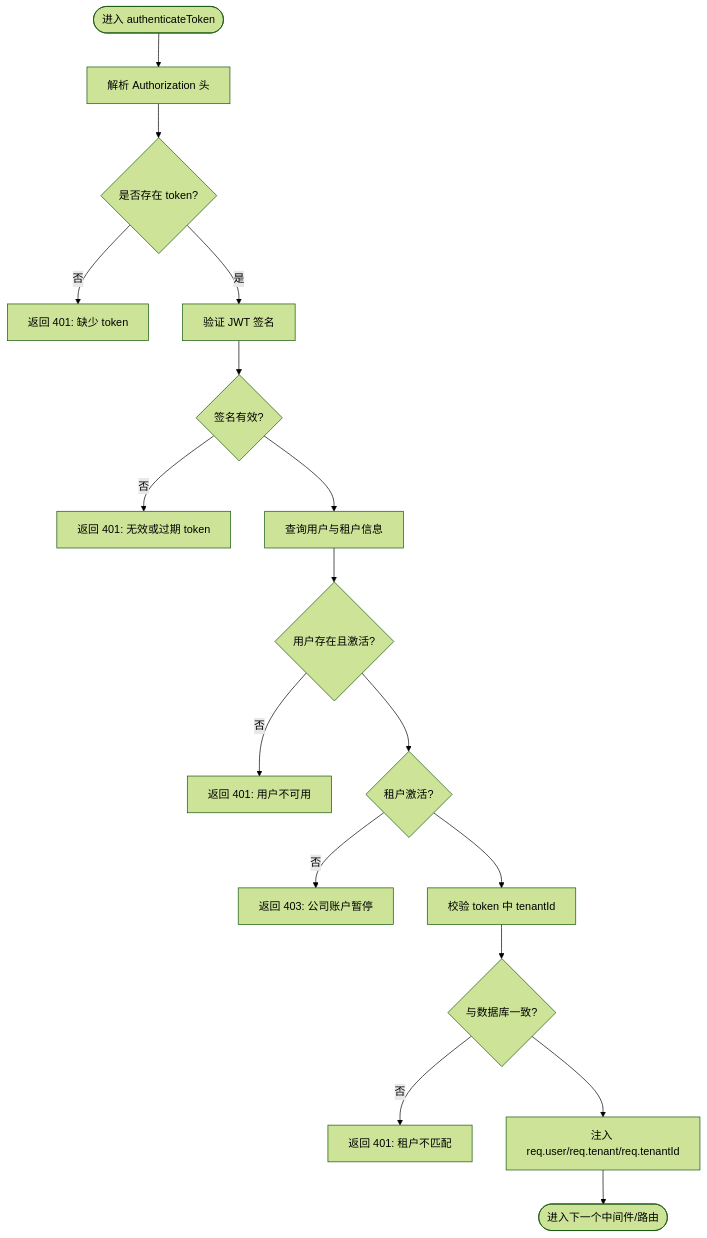
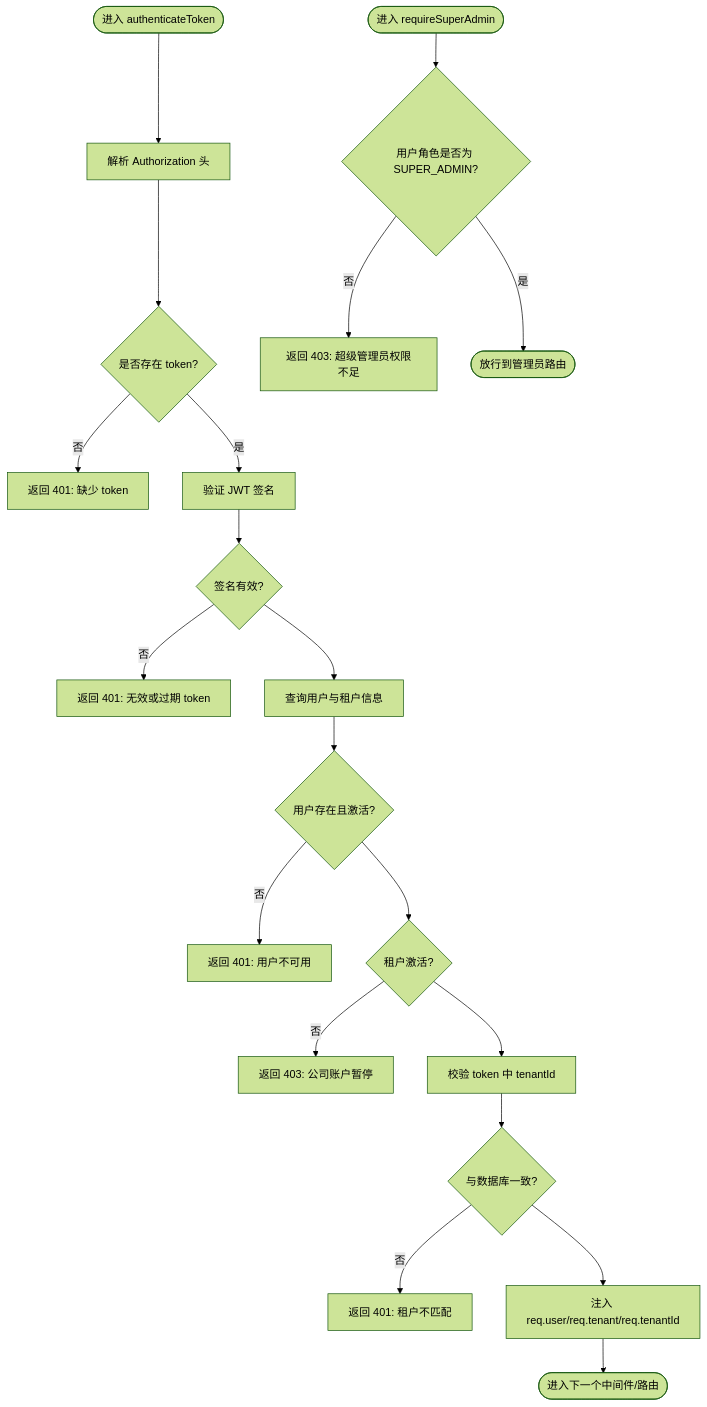
Before and after one commit to Juny09/inventory_system: the seventh of 10 diagrams in .qoder/repowiki/zh/content/核心功能模块/用户认证模块.md, drawn with Mermaid (forest theme). The commit also changed other lines of this file and 53 other files, not shown here.

````diff
--- a/.qoder/repowiki/zh/content/核心功能模块/用户认证模块.md
+++ b/.qoder/repowiki/zh/content/核心功能模块/用户认证模块.md
@@ -299,19 +407,22 @@
 ```mermaid
 flowchart TD
 Enter(["进入 authenticateToken"]) --> ParseHeader["解析 Authorization 头"]
 ParseHeader --> HasToken{"是否存在 token?"}
 HasToken --> |否| Err401a["返回 401: 缺少 token"]
 HasToken --> |是| Verify["验证 JWT 签名"]
 Verify --> VerifyOK{"签名有效?"}
 VerifyOK --> |否| Err401b["返回 401: 无效或过期 token"]
 VerifyOK --> QueryUser["查询用户与租户信息"]
 QueryUser --> UserActive{"用户存在且激活?"}
 UserActive --> |否| Err401c["返回 401: 用户不可用"]
 UserActive --> TenantActive{"租户激活?"}
 TenantActive --> |否| Err403["返回 403: 公司账户暂停"]
 TenantActive --> CheckTenant["校验 token 中 tenantId"]
 CheckTenant --> Match{"与数据库一致?"}
 Match --> |否| Err401d["返回 401: 租户不匹配"]
 Match --> Inject["注入 req.user/req.tenant/req.tenantId"]
 Inject --> Next(["进入下一个中间件/路由"])
+SuperAdmin(["进入 requireSuperAdmin"]) --> CheckRole{"用户角色是否为 SUPER_ADMIN?"}
+CheckRole --> |否| Err403a["返回 403: 超级管理员权限不足"]
+CheckRole --> |是| Next2(["放行到管理员路由"])
 ```
````
